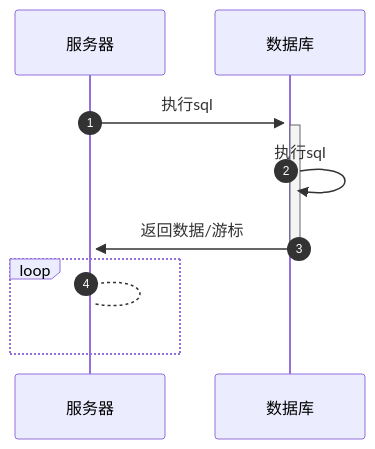
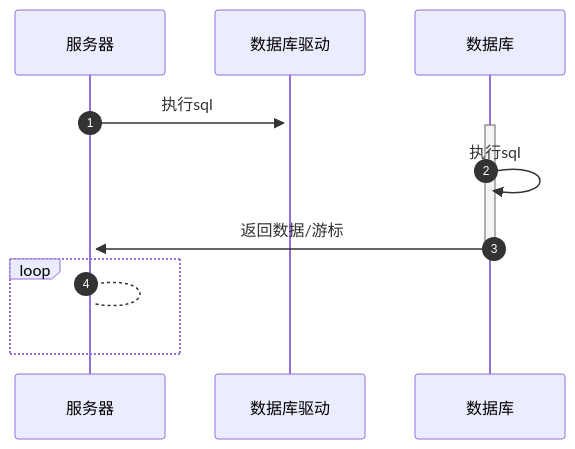
One commit to HY-10-8/iodraw-files changed the diagram in all/AI-服务查询数据.md. Above: the diagram before and after it, drawn with Mermaid.

Commit message:
2025-11-27 17:38:02 update

````diff
--- a/all/AI-服务查询数据.md
+++ b/all/AI-服务查询数据.md
@@ -1,14 +1,14 @@
 ```mermaid
 sequenceDiagram
     autonumber
-    服务器->>+数据库: 执行sql
+    服务器->>+数据库驱动: 执行sql
 
     activate 数据库
     数据库->>数据库: 执行sql
     数据库->>+服务器: 返回数据/游标
     deactivate 数据库
 
     loop 
         服务器-->服务器: 
     end
 ```
````
